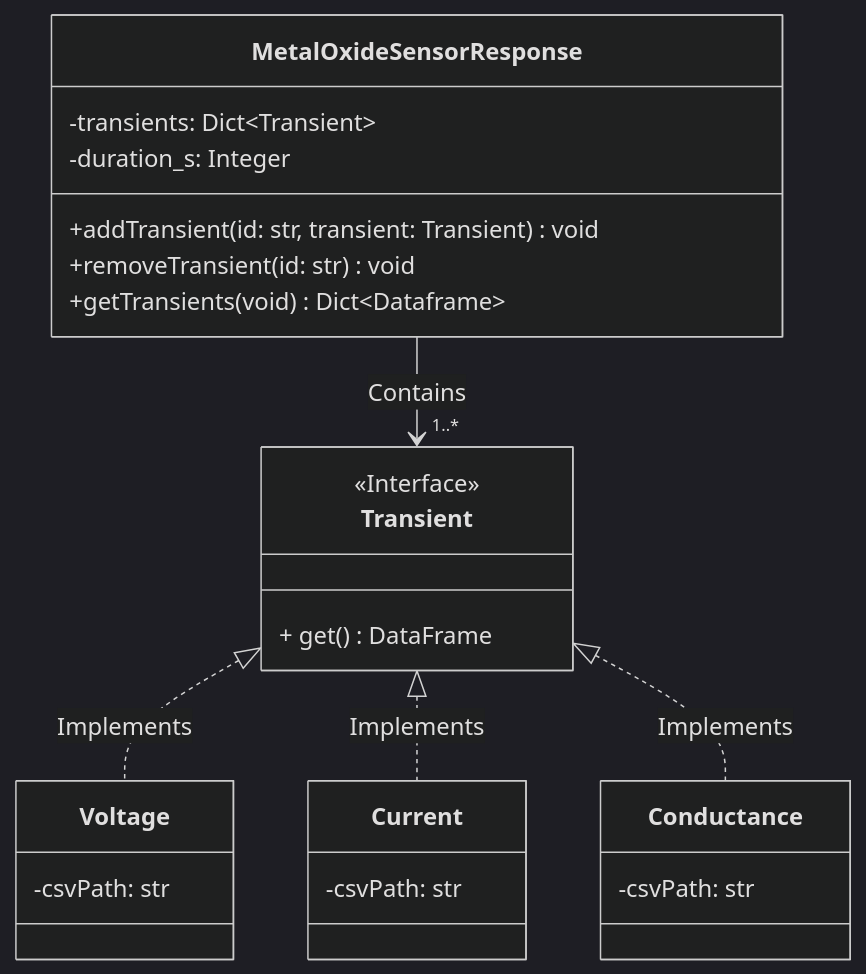
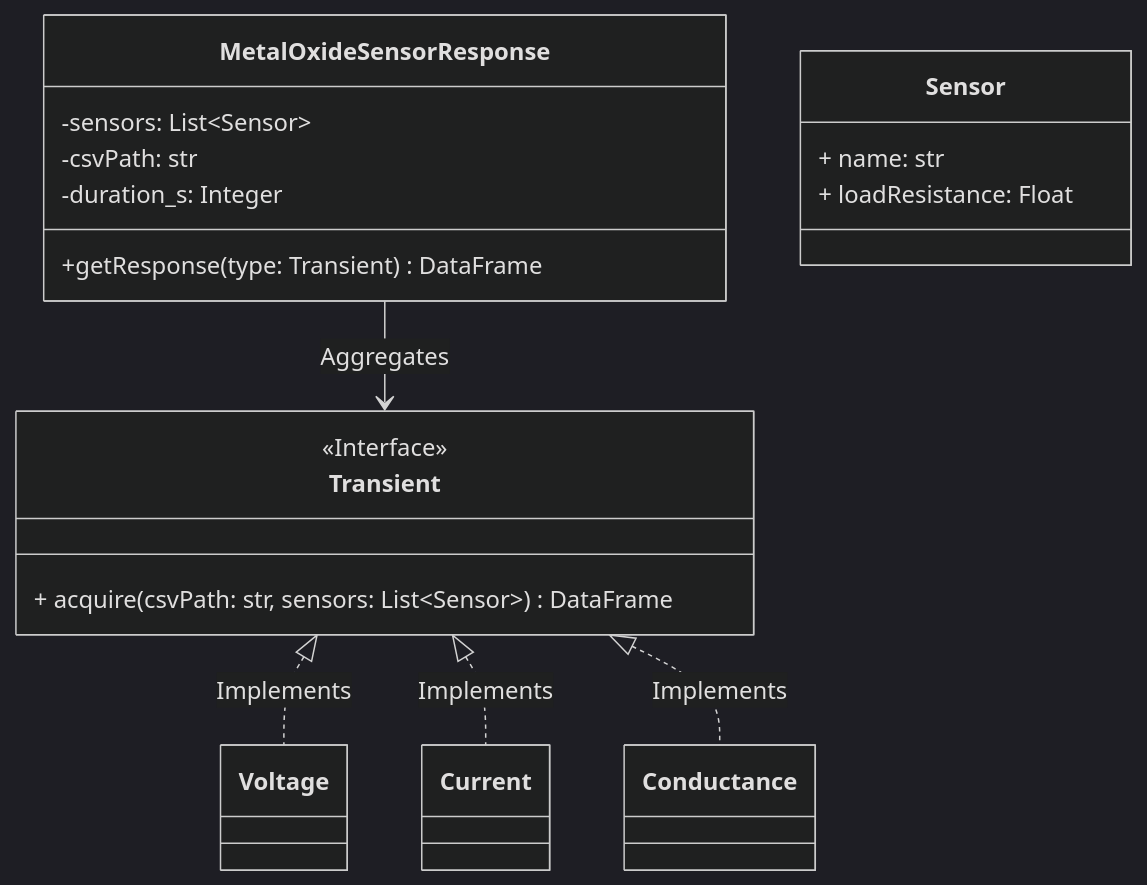
The first of 2 diagrams in README.md (aungkhantmaw64/EnoseDataAnalysis), drawn with Mermaid (dark theme) before and after one commit.

Commit message:
Update UML diagram

````diff
--- a/README.md
+++ b/README.md
@@ -8,28 +8,23 @@
 ```mermaid
 classDiagram
-    MetalOxideSensorResponse --> "1..*" Transient: Contains
+    direction TD
+    MetalOxideSensorResponse --> Transient: Aggregates
     Transient <|.. Voltage: Implements
     Transient <|.. Current: Implements
     Transient <|.. Conductance: Implements
 
     class MetalOxideSensorResponse{
-        -transients: Dict~Transient~
+        -sensors: List~Sensor~
+        -csvPath: str
         -duration_s: Integer
-        +addTransient(id: str, transient: Transient) void
-        +removeTransient(id: str) void
-        +getTransients(void) Dict~Dataframe~
+        +getResponse(type: Transient) DataFrame
     }
     class Transient{
         <<Interface>>
-        + get() DataFrame
+        + acquire(csvPath: str, sensors: List~Sensor~) DataFrame
     }
-    class Voltage{
-        -csvPath: str
-    }
-    class Current{
-        -csvPath: str
-    }
-    class Conductance{
-        -csvPath: str
+    class Sensor{
+        + name: str
+        + loadResistance: Float
     }
 ```
````
